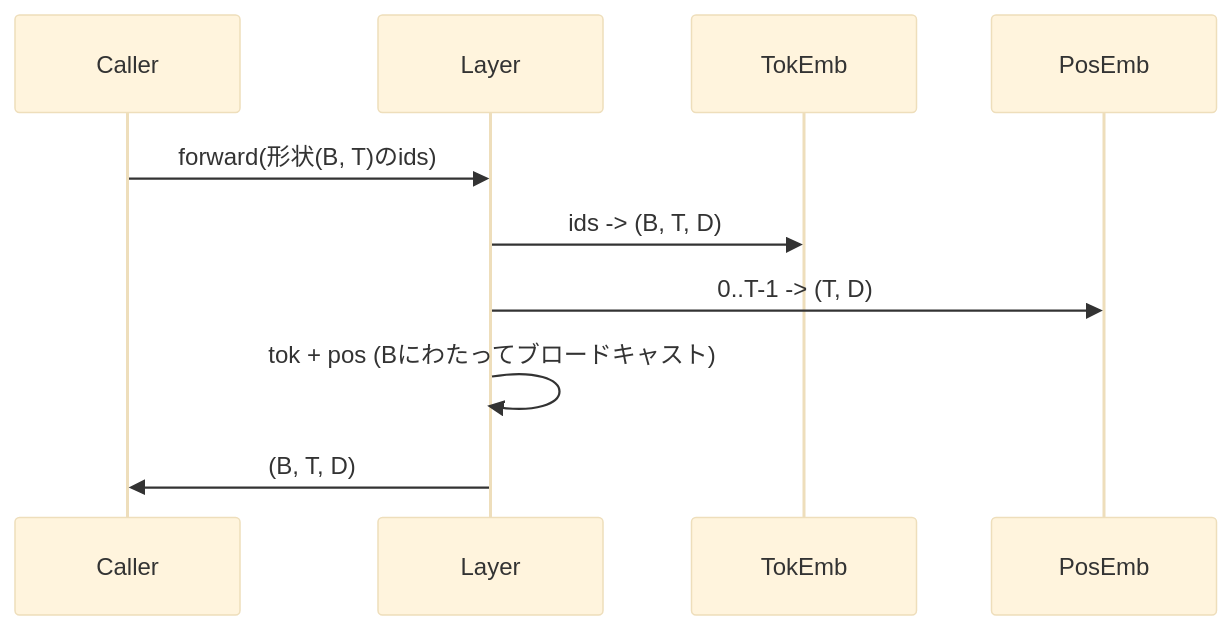
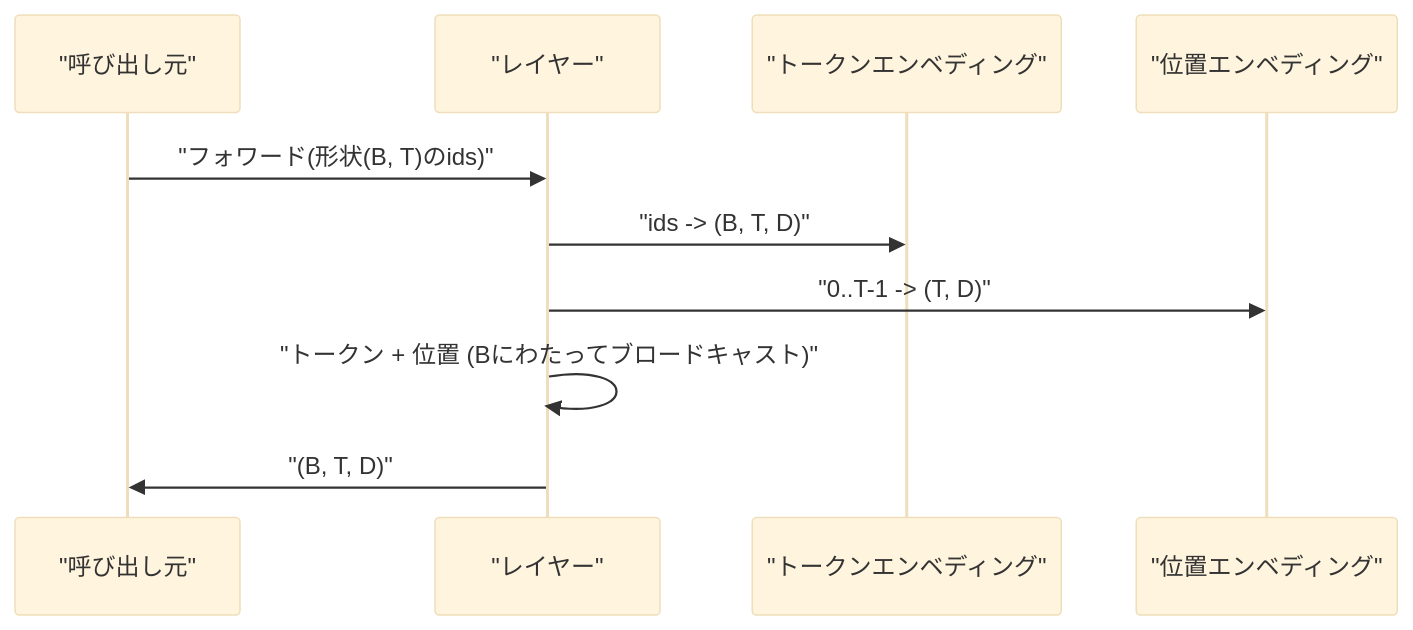
The second of 2 diagrams in content/phases/19-capstone-projects/32-token-positional-embeddings/lesson.ja.md (shoshoshomen/synapse-academy), drawn with Mermaid (base theme) before and after one commit. The commit also changed other lines of this file and 124 other files, not shown here.

First line of the commit message:
feat(i18n): mermaid図のラベルを日本語化(194レッスン/374図)

````diff
--- a/content/phases/19-capstone-projects/32-token-positional-embeddings/lesson.ja.md
+++ b/content/phases/19-capstone-projects/32-token-positional-embeddings/lesson.ja.md
@@ -73,12 +73,12 @@
 ```mermaid
 sequenceDiagram
-    participant Caller
-    participant Layer
-    participant TokEmb
-    participant PosEmb
-    Caller->>Layer: forward(形状(B, T)のids)
-    Layer->>TokEmb: ids -> (B, T, D)
-    Layer->>PosEmb: 0..T-1 -> (T, D)
-    Layer->>Layer: tok + pos (Bにわたってブロードキャスト)
-    Layer->>Caller: (B, T, D)
+    participant Caller as "呼び出し元"
+    participant Layer as "レイヤー"
+    participant TokEmb as "トークンエンベディング"
+    participant PosEmb as "位置エンベディング"
+    Caller->>Layer: "フォワード(形状(B, T)のids)"
+    Layer->>TokEmb: "ids -> (B, T, D)"
+    Layer->>PosEmb: "0..T-1 -> (T, D)"
+    Layer->>Layer: "トークン + 位置 (Bにわたってブロードキャスト)"
+    Layer->>Caller: "(B, T, D)"
 ```
````
